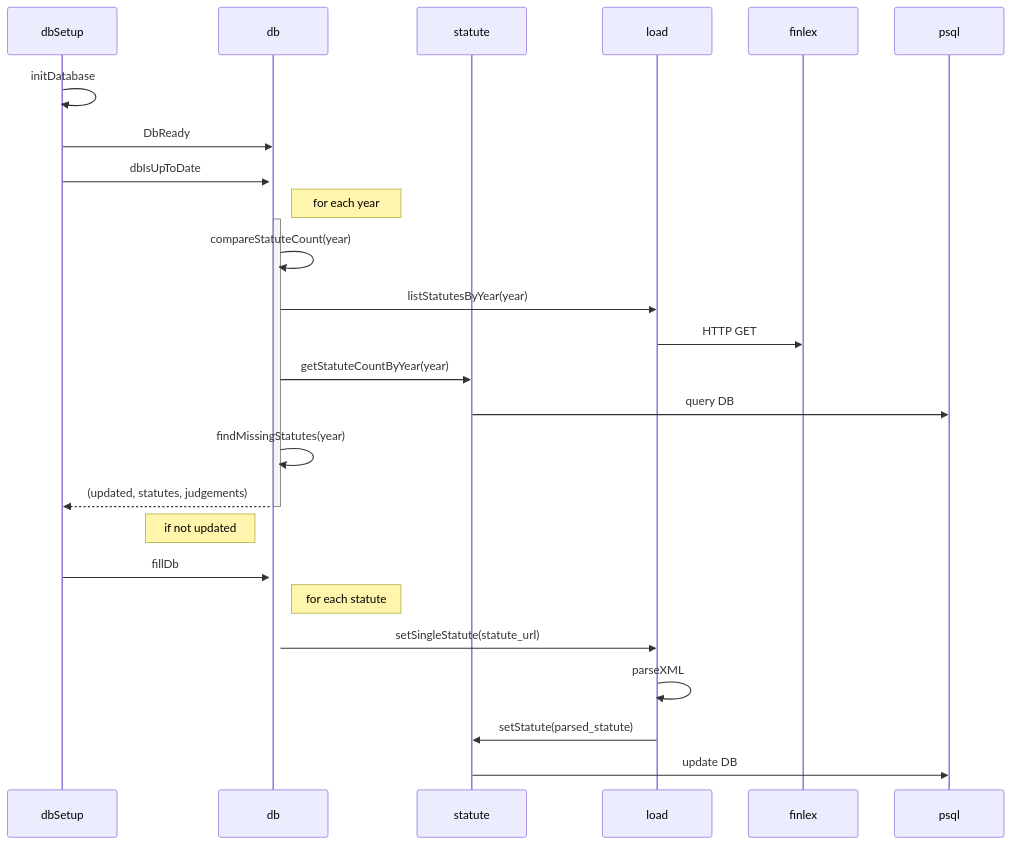
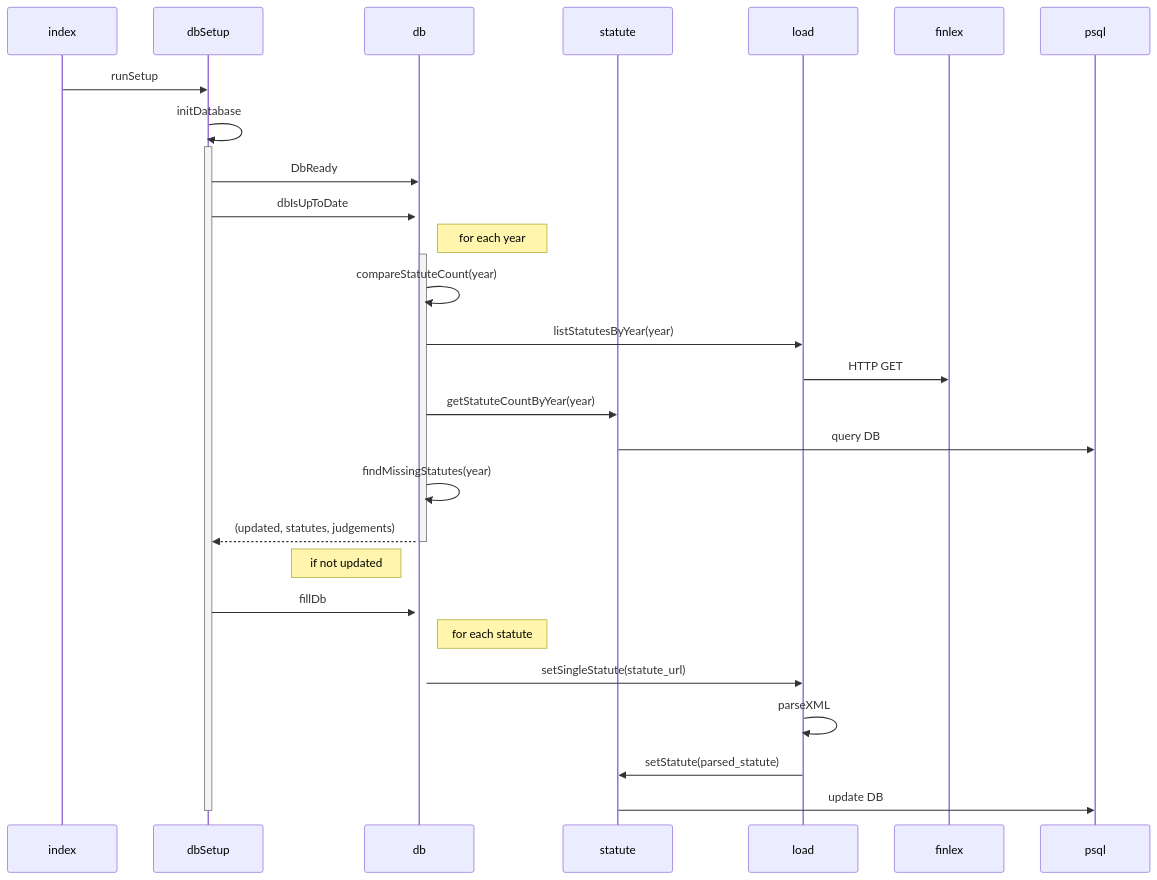
Before and after one commit to mluukkai/poc: the first of 3 diagrams in README.md, drawn with Mermaid.

Commit message:
Update sequence diagram in README.md

````diff
--- a/README.md
+++ b/README.md
@@ -1,31 +1,35 @@
 ```mermaid
 sequenceDiagram
+  participant index
   participant dbSetup
   participant db
   participant statute
   participant load
   participant finlex
   participant psql
 
+  index ->> dbSetup: runSetup
   dbSetup ->> dbSetup: initDatabase
+  activate dbSetup
   dbSetup ->> db: DbReady
   dbSetup ->>+ db: dbIsUpToDate
   Note right of db: for each year
   activate db
   db ->> db: compareStatuteCount(year)
   db ->> load: listStatutesByYear(year)
   load ->> finlex: HTTP GET
   db ->> statute: getStatuteCountByYear(year)
   statute ->> psql: query DB
   db ->> db: findMissingStatutes(year)
   db -->> dbSetup: (updated, statutes, judgements)
   deactivate db
   Note left of db: if not updated
   dbSetup ->> db: fillDb
   activate db
   Note right of db: for each statute
   db ->> load: setSingleStatute(statute_url)
   load ->> load: parseXML
   load ->> statute: setStatute(parsed_statute)
   statute ->> psql: update DB
+  deactivate dbSetup
 ```
````
